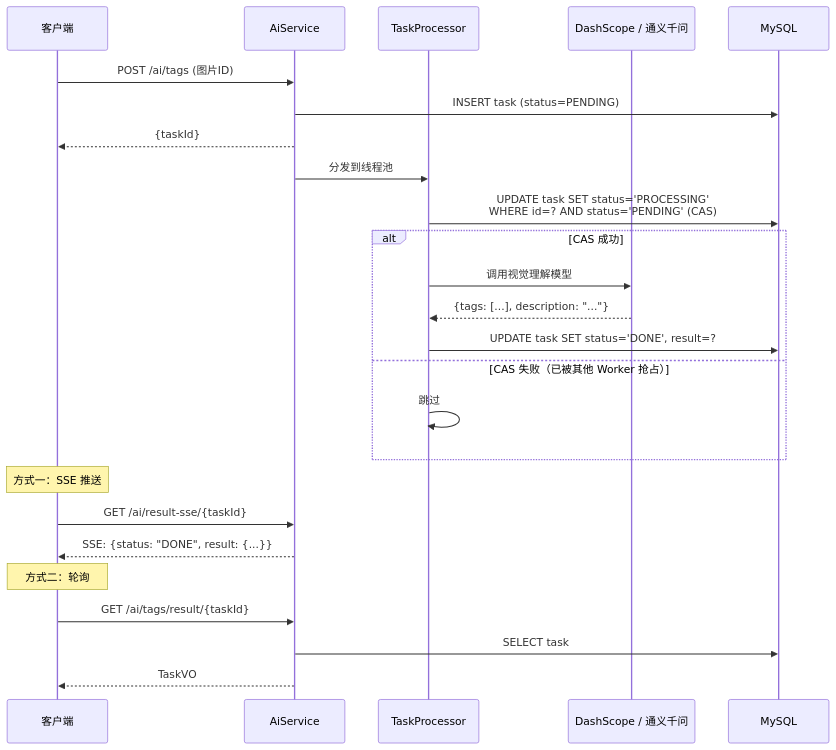
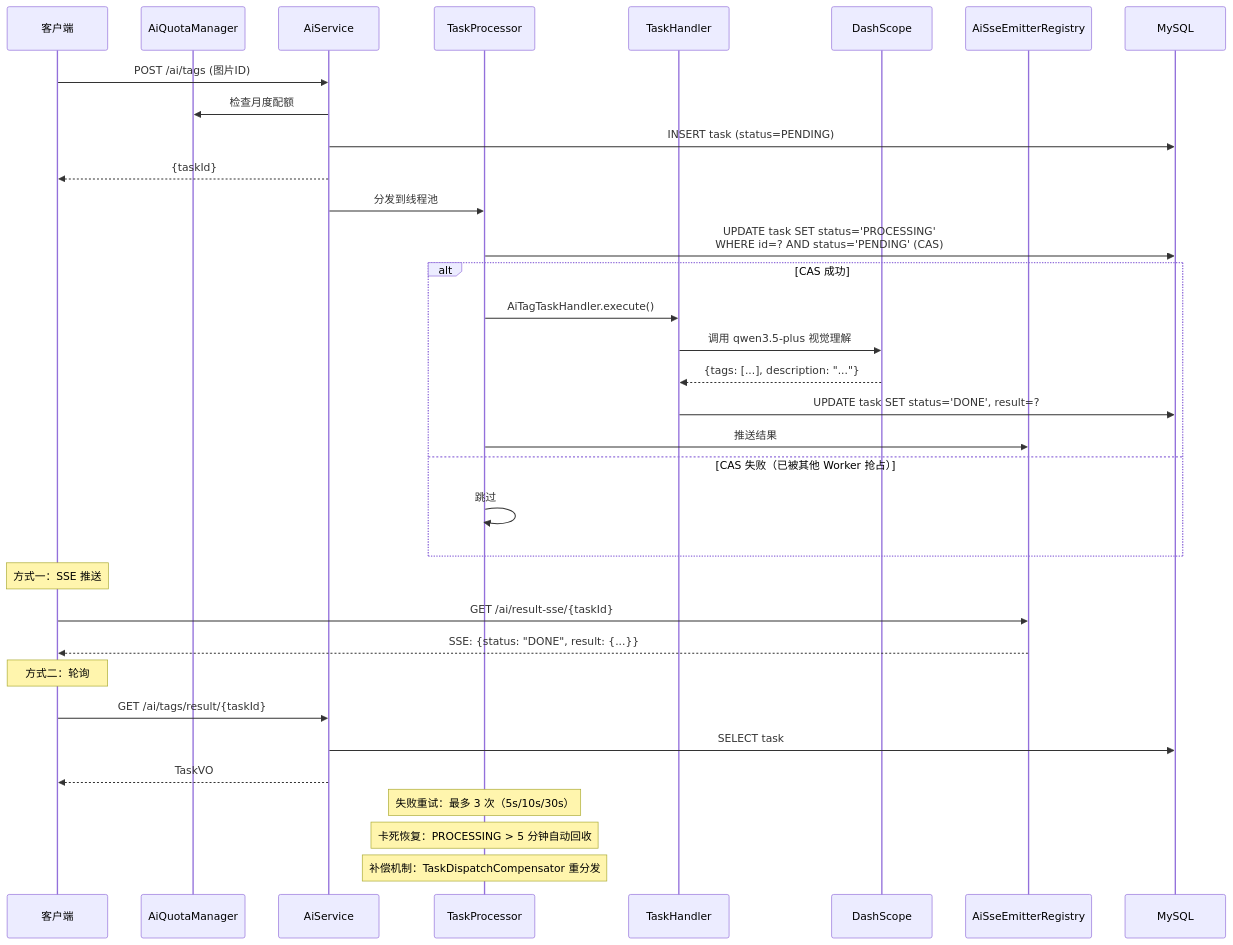
One commit to FishDuM/AI.Image.Material.Collaboration.Platform changed the sixth of 8 diagrams in model/uml_diagrams.md. Above: the diagram before and after it, drawn with Mermaid. The commit also changed other lines of this file and 2 other files, not shown here.

````diff
--- a/model/uml_diagrams.md
+++ b/model/uml_diagrams.md
@@ -582,31 +642,41 @@
 ```mermaid
 sequenceDiagram
     participant C as 客户端
+    participant AQ as AiQuotaManager
     participant A as AiService
     participant T as TaskProcessor
-    participant AI as DashScope / 通义千问
+    participant H as TaskHandler
+    participant AI as DashScope
+    participant SSE as AiSseEmitterRegistry
     participant DB as MySQL
 
     C->>A: POST /ai/tags (图片ID)
+    A->>AQ: 检查月度配额
     A->>DB: INSERT task (status=PENDING)
     A-->>C: {taskId}
     A->>T: 分发到线程池
 
     T->>DB: UPDATE task SET status='PROCESSING'<br/>WHERE id=? AND status='PENDING' (CAS)
     alt CAS 成功
-        T->>AI: 调用视觉理解模型
-        AI-->>T: {tags: [...], description: "..."}
-        T->>DB: UPDATE task SET status='DONE', result=?
+        T->>H: AiTagTaskHandler.execute()
+        H->>AI: 调用 qwen3.5-plus 视觉理解
+        AI-->>H: {tags: [...], description: "..."}
+        H->>DB: UPDATE task SET status='DONE', result=?
+        T->>SSE: 推送结果
     else CAS 失败（已被其他 Worker 抢占）
         T->>T: 跳过
     end
 
     Note over C: 方式一：SSE 推送
-    C->>A: GET /ai/result-sse/{taskId}
-    A-->>C: SSE: {status: "DONE", result: {...}}
+    C->>SSE: GET /ai/result-sse/{taskId}
+    SSE-->>C: SSE: {status: "DONE", result: {...}}
 
     Note over C: 方式二：轮询
     C->>A: GET /ai/tags/result/{taskId}
     A->>DB: SELECT task
     A-->>C: TaskVO
+
+    Note over T: 失败重试：最多 3 次（5s/10s/30s）
+    Note over T: 卡死恢复：PROCESSING > 5 分钟自动回收
+    Note over T: 补偿机制：TaskDispatchCompensator 重分发
 ```
````
